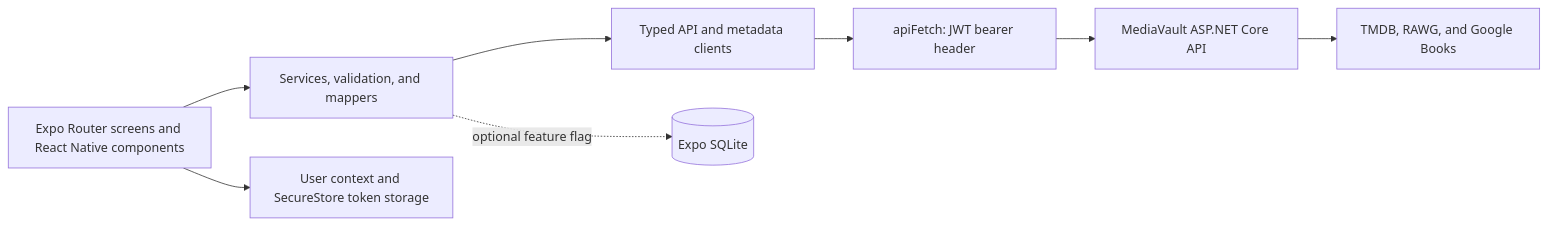
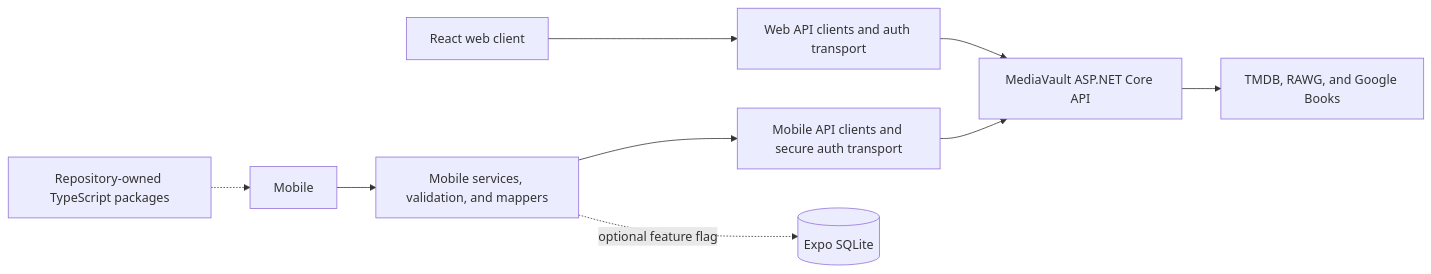
One commit to Megaraz/MediaVault.Clients changed the diagram in README.md. Above: the diagram before and after it, drawn with Mermaid. The commit also changed other lines of this file and 182 other files, not shown here.

````diff
--- a/README.md
+++ b/README.md
@@ -83,10 +87,11 @@
 ```mermaid
 flowchart LR
-    App["Expo Router screens and React Native components"] --> Services["Services, validation, and mappers"]
-    Services --> Clients["Typed API and metadata clients"]
-    Clients --> Transport["apiFetch: JWT bearer header"]
-    Transport --> API["MediaVault ASP.NET Core API"]
-    App --> Auth["User context and SecureStore token storage"]
-    Services -. "optional feature flag" .-> SQLite[("Expo SQLite")]
+    Web["React web client"] --> WebTransport["Web API clients and auth transport"]
+    WebTransport --> API["MediaVault ASP.NET Core API"]
+    Mobile --> MobileServices["Mobile services, validation, and mappers"]
+    MobileServices --> MobileTransport["Mobile API clients and secure auth transport"]
+    MobileTransport --> API
+    MobileServices -. "optional feature flag" .-> SQLite[("Expo SQLite")]
+    Shared["Repository-owned TypeScript packages"] -.-> Mobile
     API --> Providers["TMDB, RAWG, and Google Books"]
 ```
````
